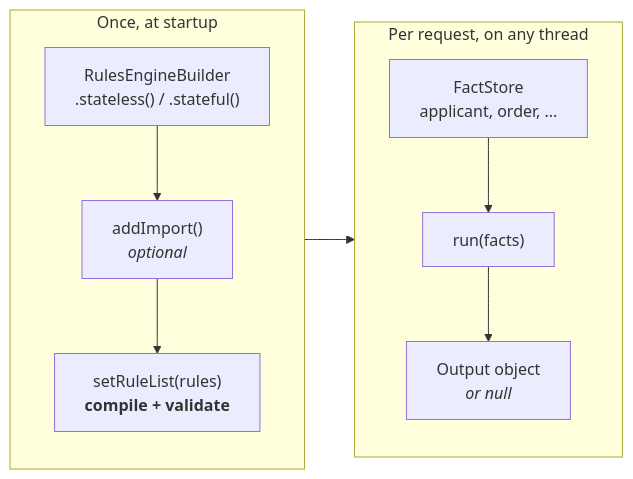
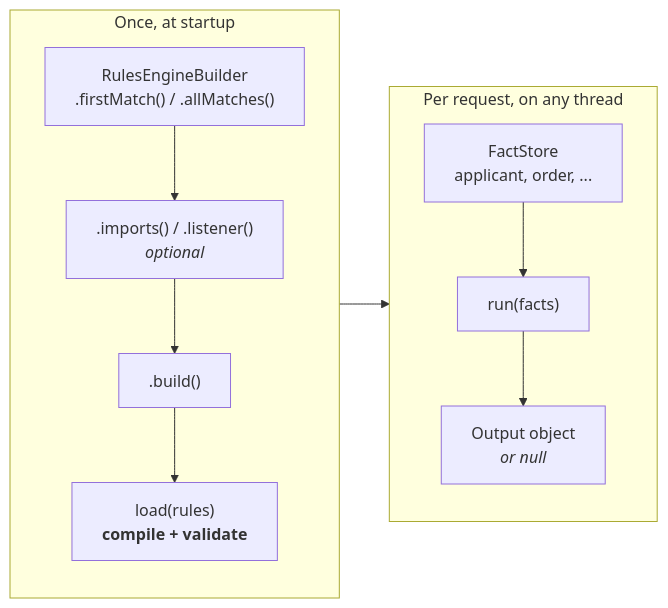
One commit to brantunger/unruly-engine changed the first of 2 diagrams in README.md. Above: the diagram before and after it, drawn with Mermaid. The commit also changed other lines of this file and 112 other files, not shown here.

Commit message:
feat!: configure engines on a builder, choose a default language, and rename stateless, stateful and setRuleList (#324)

````diff
--- a/README.md
+++ b/README.md
@@ -180,14 +180,15 @@
 ```mermaid
 flowchart LR
     subgraph startup["Once, at startup"]
         direction TB
-        B["RulesEngineBuilder<br/>.stateless() / .stateful()"] --> I["addImport()<br/><i>optional</i>"]
-        I --> S["setRuleList(rules)<br/><b>compile + validate</b>"]
+        B["RulesEngineBuilder<br/>.firstMatch() / .allMatches()"] --> I[".imports() / .listener()<br/><i>optional</i>"]
+        I --> U[".build()"]
+        U --> S["load(rules)<br/><b>compile + validate</b>"]
     end
     subgraph request["Per request, on any thread"]
         direction TB
         F["FactStore<br/>applicant, order, ..."] --> R["run(facts)"]
         R --> O["Output object<br/><i>or null</i>"]
     end
     S --> R
 ```
````
